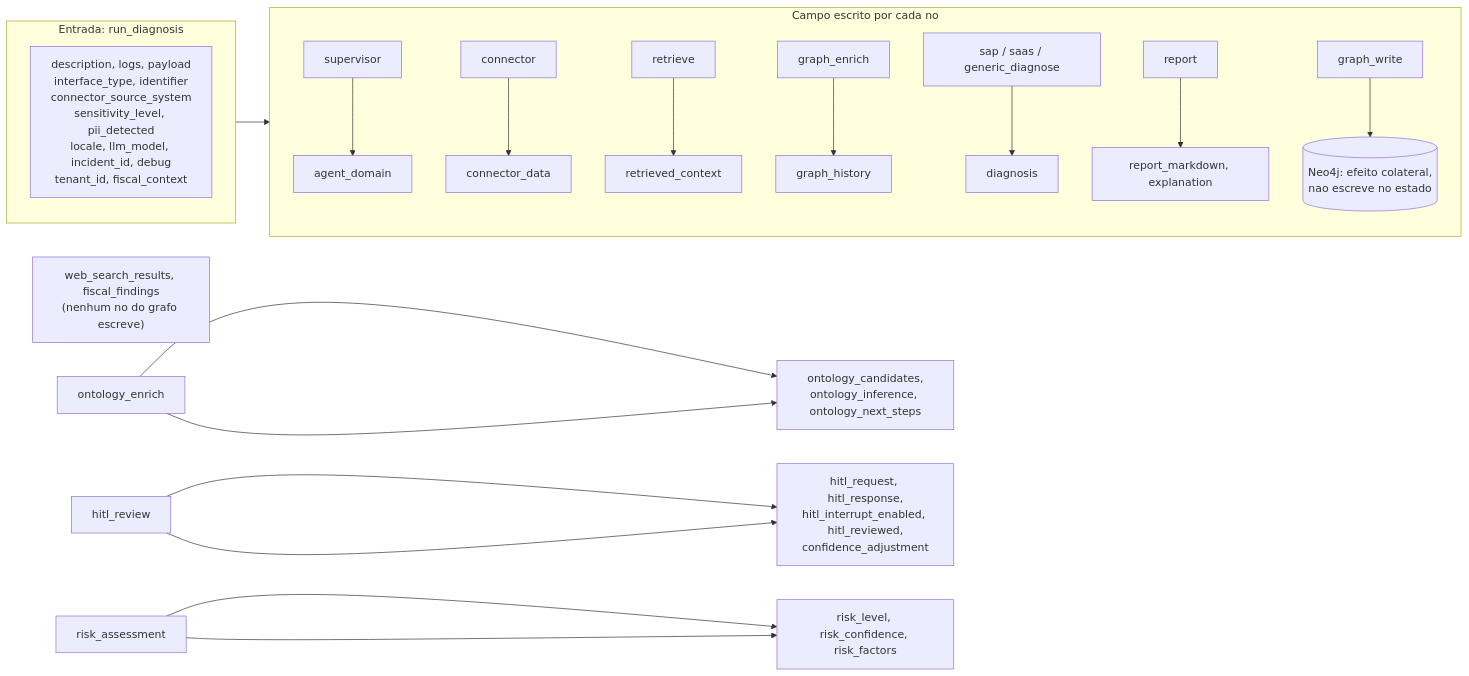
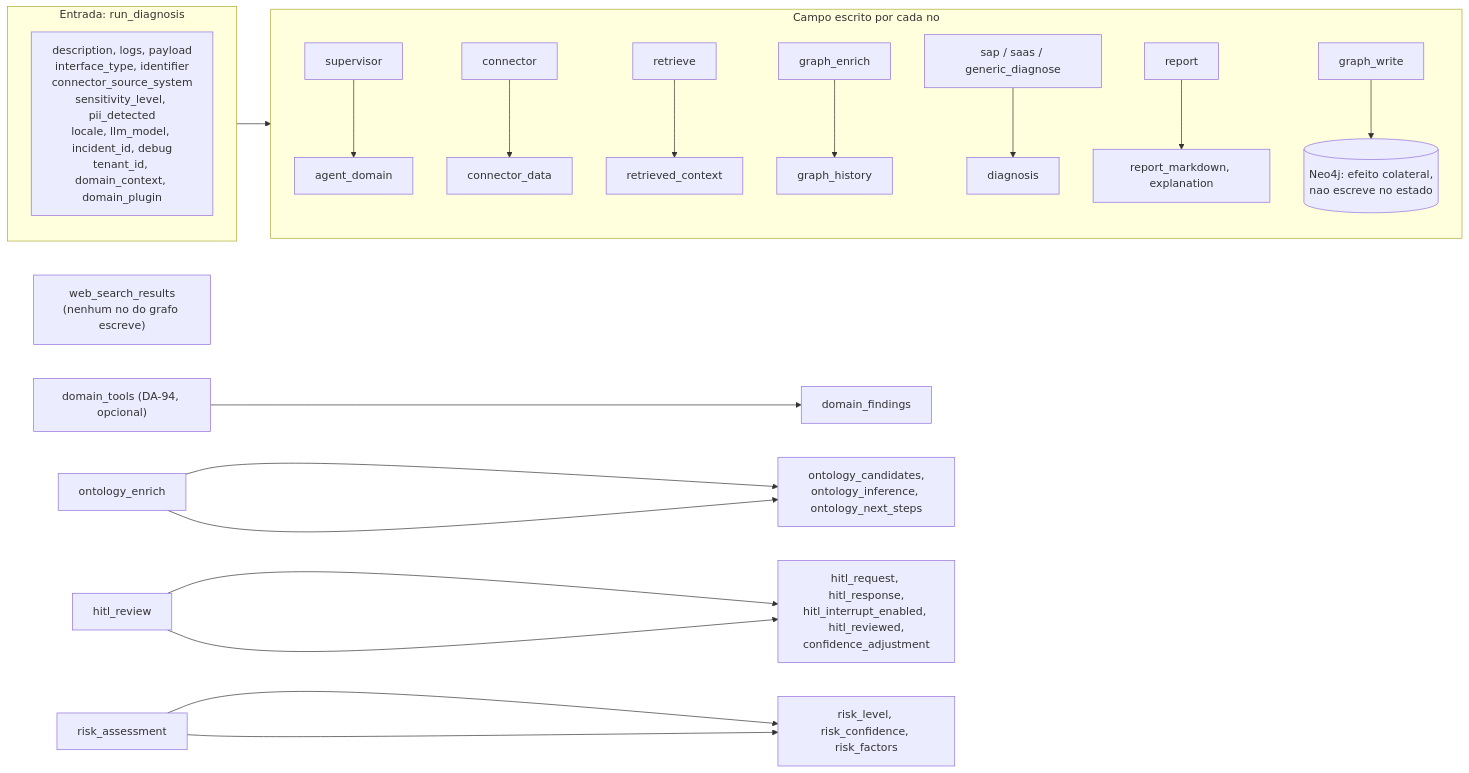
Before and after one commit to marcos-slima/integration-incident-copilot: the fifth of 28 diagrams in docs/ARCHITECTURE.md, drawn with Mermaid. The commit also changed 45 other files, not shown here.

````diff
--- a/docs/ARCHITECTURE.md
+++ b/docs/ARCHITECTURE.md
@@ -209,23 +209,24 @@
 ```mermaid
 flowchart LR
     subgraph entrada["Entrada: run_diagnosis"]
-        e1["description, logs, payload<br/>interface_type, identifier<br/>connector_source_system<br/>sensitivity_level, pii_detected<br/>locale, llm_model, incident_id, debug<br/>tenant_id, fiscal_context"]
+        e1["description, logs, payload<br/>interface_type, identifier<br/>connector_source_system<br/>sensitivity_level, pii_detected<br/>locale, llm_model, incident_id, debug<br/>tenant_id, domain_context, domain_plugin"]
     end
     subgraph nos["Campo escrito por cada no"]
         sup["supervisor"] --> s1["agent_domain"]
         con["connector"] --> s2["connector_data"]
         ret["retrieve"] --> s3["retrieved_context"]
         gen["graph_enrich"] --> s4["graph_history"]
         dia["sap / saas / generic_diagnose"] --> s5["diagnosis"]
         rep["report"] --> s6["report_markdown, explanation"]
         gw["graph_write"] --> n4j[("Neo4j: efeito colateral,<br/>nao escreve no estado")]
     end
-    morto["web_search_results, fiscal_findings<br/>(nenhum no do grafo escreve)"]
+    morto["web_search_results<br/>(nenhum no do grafo escreve)"]
+    dt["domain_tools (DA-94, opcional)"] --> s10["domain_findings"]
     ont["ontology_enrich"] --> s7["ontology_candidates,<br/>ontology_inference, ontology_next_steps"]
     hitl["hitl_review"] --> s8["hitl_request, hitl_response,<br/>hitl_interrupt_enabled, hitl_reviewed,<br/>confidence_adjustment"]
     risk["risk_assessment"] --> s9["risk_level, risk_confidence, risk_factors"]
     entrada --> nos
     ont --> s7
     hitl --> s8
     risk --> s9
 ```
````
